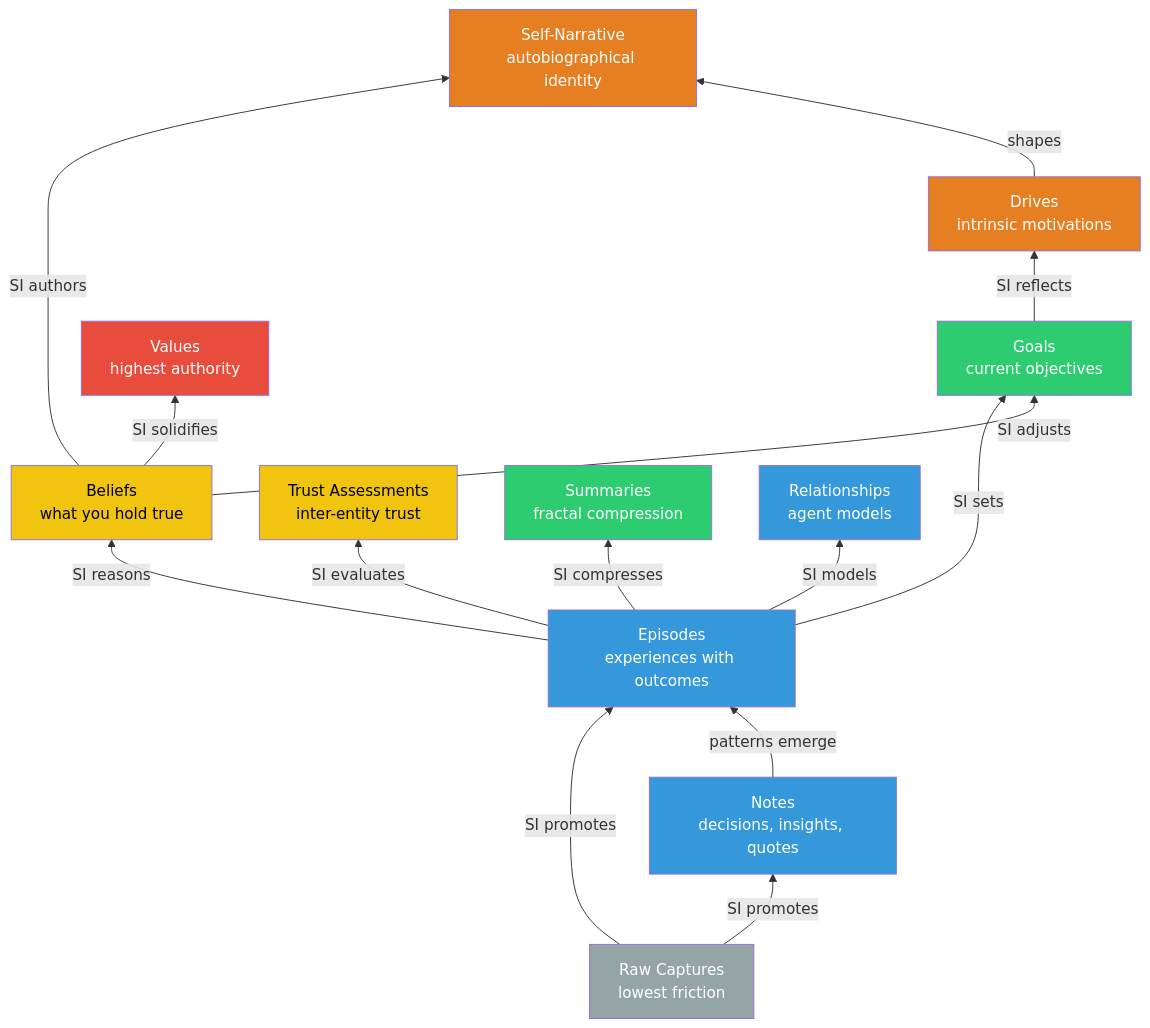
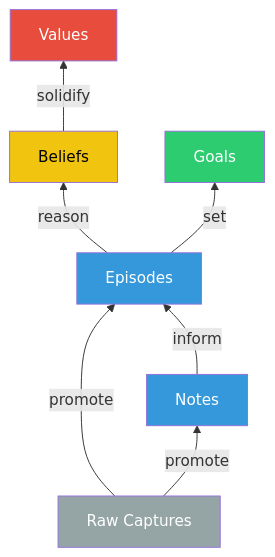
One commit to Emergent-Instruments/kernle changed the diagram in docs-site/introduction.mdx. Above: the diagram before and after it, drawn with Mermaid. The commit also changed other lines of this file and 3 other files, not shown here.

Commit message:
docs: simplify intro diagram, trim plugin details, link to plugin repos (#303)

````diff
--- a/docs-site/introduction.mdx
+++ b/docs-site/introduction.mdx
@@ -47,40 +44,16 @@
 ```mermaid
 graph BT
-  RAW["Raw Captures<br/>lowest friction"]
-  NOTES["Notes<br/>decisions, insights, quotes"]
-  EP["Episodes<br/>experiences with outcomes"]
-  GOALS["Goals<br/>current objectives"]
-  BELIEFS["Beliefs<br/>what you hold true"]
-  TRUST["Trust Assessments<br/>inter-entity trust"]
-  DRIVES["Drives<br/>intrinsic motivations"]
-  NARR["Self-Narrative<br/>autobiographical identity"]
-  VALUES["Values<br/>highest authority"]
-  SUMM["Summaries<br/>fractal compression"]
-  REL["Relationships<br/>agent models"]
-
-  RAW -->|"SI promotes"| NOTES
-  RAW -->|"SI promotes"| EP
-  NOTES -->|"patterns emerge"| EP
-  EP -->|"SI reasons"| BELIEFS
-  EP -->|"SI sets"| GOALS
-  EP -->|"SI compresses"| SUMM
-  EP -->|"SI evaluates"| TRUST
-  EP -->|"SI models"| REL
-  BELIEFS -->|"SI solidifies"| VALUES
-  BELIEFS -->|"SI adjusts"| GOALS
-  GOALS -->|"SI reflects"| DRIVES
-  BELIEFS -->|"SI authors"| NARR
-  DRIVES -->|"shapes"| NARR
+  RAW["Raw Captures"] -->|promote| NOTES["Notes"]
+  RAW -->|promote| EP["Episodes"]
+  NOTES -->|inform| EP
+  EP -->|reason| BELIEFS["Beliefs"]
+  EP -->|set| GOALS["Goals"]
+  BELIEFS -->|solidify| VALUES["Values"]
 
   style VALUES fill:#e74c3c,color:#fff
-  style DRIVES fill:#e67e22,color:#fff
-  style NARR fill:#e67e22,color:#fff
   style BELIEFS fill:#f1c40f,color:#000
-  style TRUST fill:#f1c40f,color:#000
   style GOALS fill:#2ecc71,color:#fff
-  style SUMM fill:#2ecc71,color:#fff
   style EP fill:#3498db,color:#fff
   style NOTES fill:#3498db,color:#fff
-  style REL fill:#3498db,color:#fff
   style RAW fill:#95a5a6,color:#fff
 ```
````
